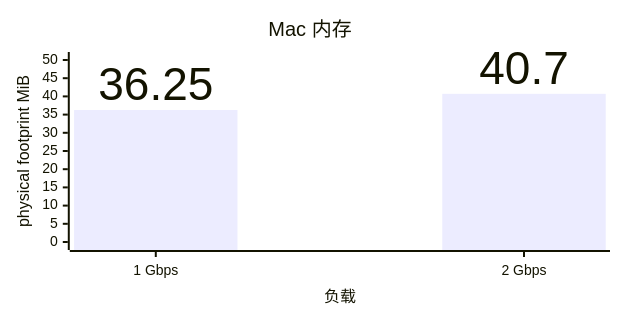
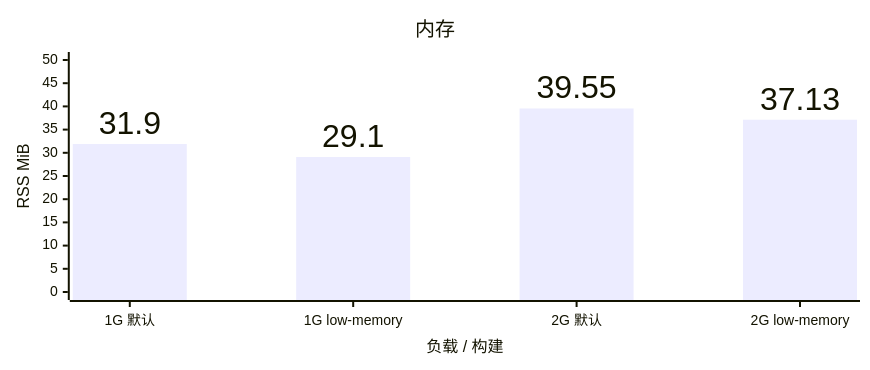
Before and after one commit to YuanDevTeam/Vole: the third of 4 diagrams in docs/benchmark.md, drawn with Mermaid. The commit also changed other lines of this file and 1 other file, not shown here.

First line of the commit message:
docs: compare full Linux default and low-memory pressure

````diff
--- a/docs/benchmark.md
+++ b/docs/benchmark.md
@@ -135,15 +51,15 @@
 ```mermaid
 ---
 config:
   xyChart:
-    width: 600
-    height: 300
+    width: 850
+    height: 350
     showDataLabel: true
     showDataLabelOutsideBar: true
 ---
 xychart
-    title "Mac 内存"
-    x-axis "负载" ["1 Gbps", "2 Gbps"]
-    y-axis "physical footprint MiB" 0 --> 50
-    bar [36.25, 40.70]
+    title "内存"
+    x-axis "负载 / 构建" ["1G 默认", "1G low-memory", "2G 默认", "2G low-memory"]
+    y-axis "RSS MiB" 0 --> 50
+    bar [31.90, 29.10, 39.55, 37.13]
 ```
````
